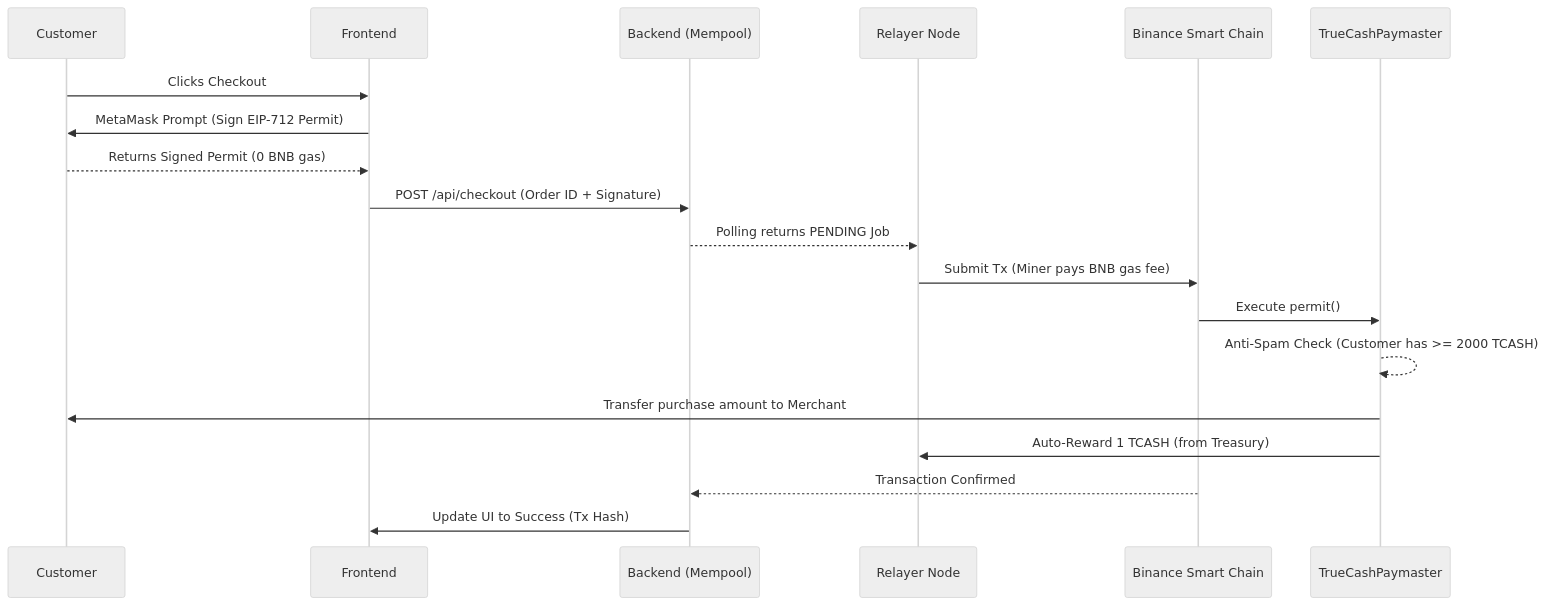
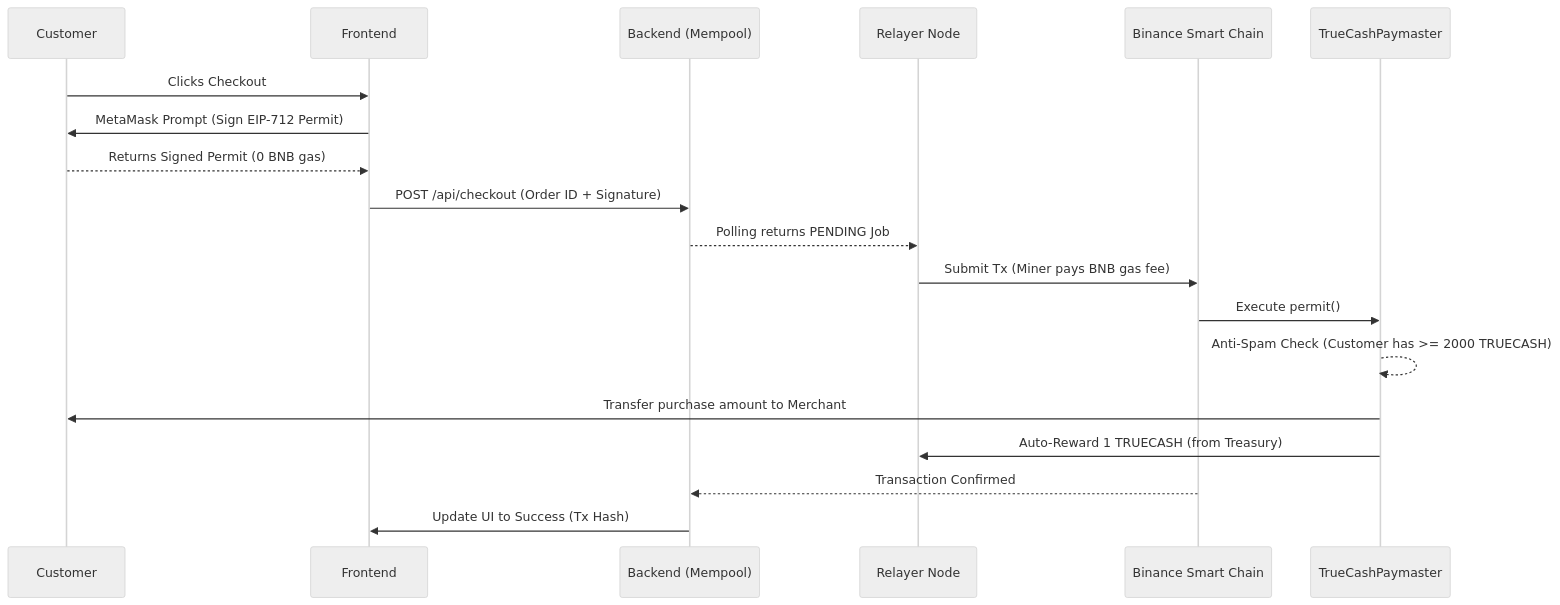
One commit to officialtruecash/truecash-contracts changed the diagram in ARCHITECTURE.md. Above: the diagram before and after it, drawn with Mermaid (neutral theme). The commit also changed other lines of this file and 2 other files, not shown here.

Commit message:
Fix token symbol to TRUECASH in audit docs

````diff
--- a/ARCHITECTURE.md
+++ b/ARCHITECTURE.md
@@ -55,22 +55,22 @@
 ```mermaid
 sequenceDiagram
     participant Customer
     participant Frontend
     participant Mempool as Backend (Mempool)
     participant Miner as Relayer Node
     participant BSC as Binance Smart Chain
     participant Paymaster as TrueCashPaymaster
     
     Customer->>Frontend: Clicks Checkout
     Frontend->>Customer: MetaMask Prompt (Sign EIP-712 Permit)
     Customer-->>Frontend: Returns Signed Permit (0 BNB gas)
     Frontend->>Mempool: POST /api/checkout (Order ID + Signature)
     Mempool-->>Miner: Polling returns PENDING Job
     Miner->>BSC: Submit Tx (Miner pays BNB gas fee)
     BSC->>Paymaster: Execute permit()
-    Paymaster-->>Paymaster: Anti-Spam Check (Customer has >= 2000 TCASH)
+    Paymaster-->>Paymaster: Anti-Spam Check (Customer has >= 2000 TRUECASH)
     Paymaster->>Customer: Transfer purchase amount to Merchant
-    Paymaster->>Miner: Auto-Reward 1 TCASH (from Treasury)
+    Paymaster->>Miner: Auto-Reward 1 TRUECASH (from Treasury)
     BSC-->>Mempool: Transaction Confirmed
     Mempool->>Frontend: Update UI to Success (Tx Hash)
 ```
````
